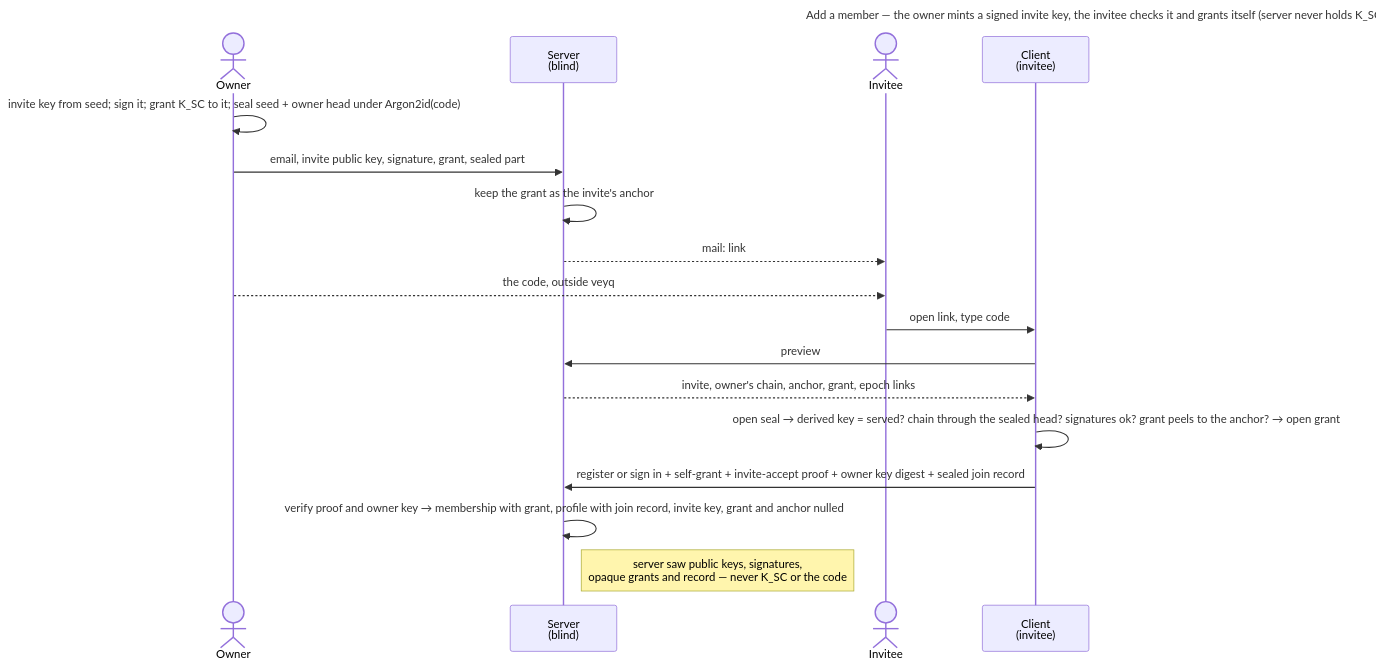
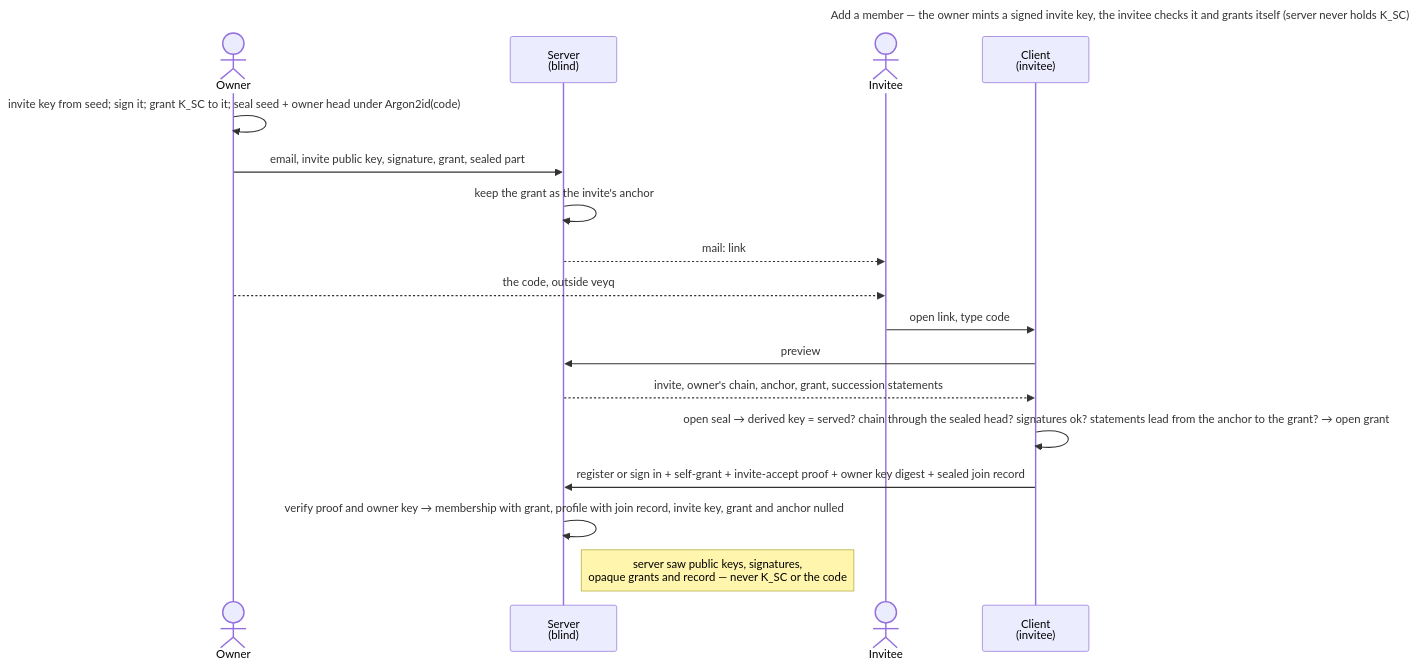
Before and after one commit to raddatzk/veyq: the diagram in docs/features/spaces/use-cases/uc.spaces.add-member.md, drawn with Mermaid. The commit also changed other lines of this file and 80 other files, not shown here.

````diff
--- a/docs/features/spaces/use-cases/uc.spaces.add-member.md
+++ b/docs/features/spaces/use-cases/uc.spaces.add-member.md
@@ -64,22 +64,22 @@
 ```mermaid
 ---
 title: Add a member — the owner mints a signed invite key, the invitee checks it and grants itself (server never holds K_SC)
 ---
 sequenceDiagram
   actor O as Owner
   participant S as Server<br>(blind)
   actor I as Invitee
   participant CI as Client<br>(invitee)
   O->>O: invite key from seed#59; sign it#59; grant K_SC to it#59; seal seed + owner head under Argon2id(code)
   O->>S: email, invite public key, signature, grant, sealed part
   S->>S: keep the grant as the invite's anchor
   S-->>I: mail: link #token.sealed (no copy kept)
   O-->>I: the code, outside veyq
   I->>CI: open link, type code
   CI->>S: preview
-  S-->>CI: invite, owner's chain, anchor, grant, epoch links
-  CI->>CI: open seal → derived key = served? chain through the sealed head? signatures ok? grant peels to the anchor? → open grant
+  S-->>CI: invite, owner's chain, anchor, grant, succession statements
+  CI->>CI: open seal → derived key = served? chain through the sealed head? signatures ok? statements lead from the anchor to the grant? → open grant
   CI->>S: register or sign in + self-grant + invite-accept proof + owner key digest + sealed join record
   S->>S: verify proof and owner key → membership with grant, profile with join record, invite key, grant and anchor nulled
   Note right of S: server saw public keys, signatures,<br>opaque grants and record — never K_SC or the code
 ```
````
